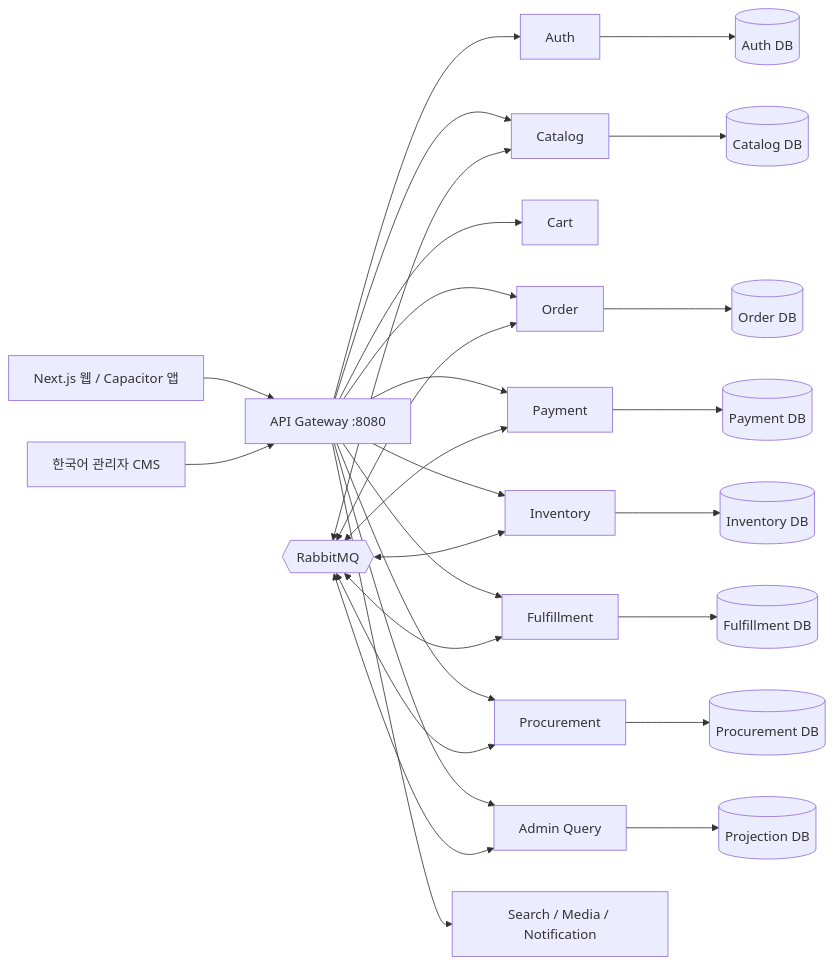
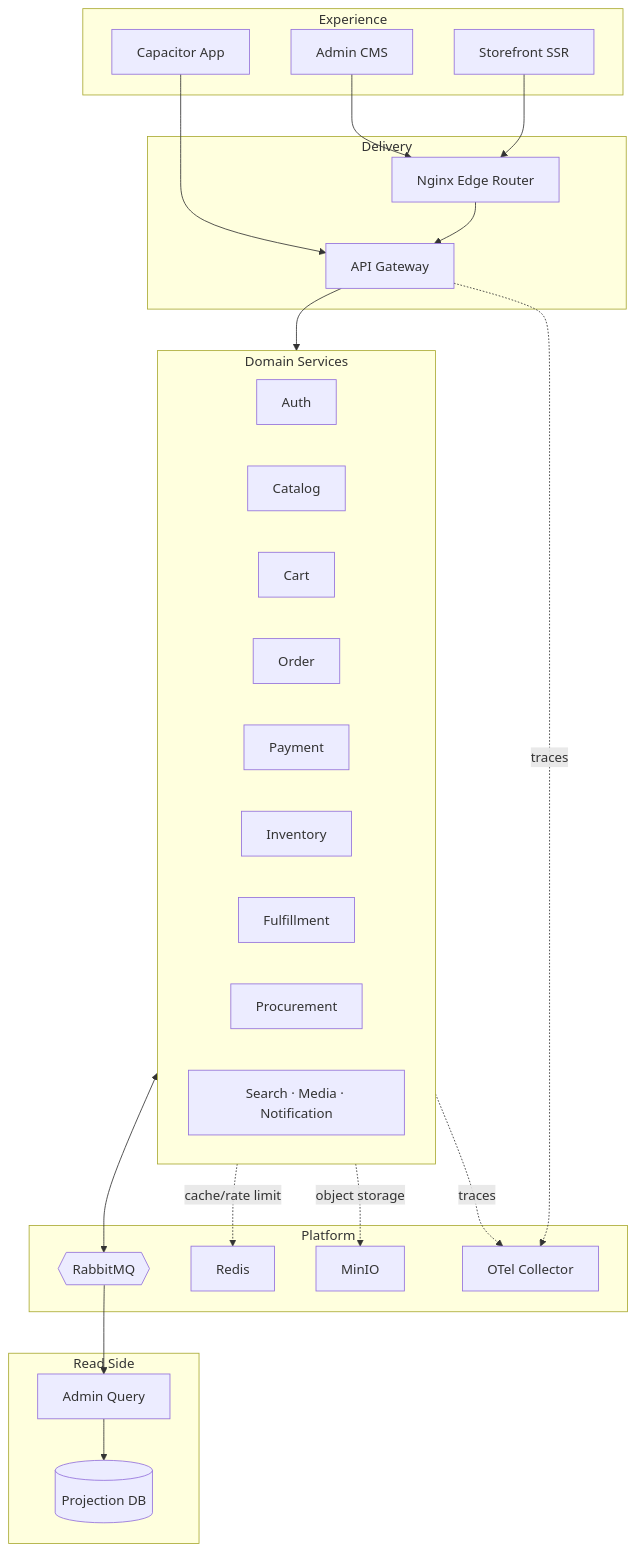
The first of 2 diagrams in docs/ARCHITECTURE.md (lulupang2/ecommerce), drawn with Mermaid before and after one commit. The commit also changed other lines of this file and 3 other files, not shown here.

First line of the commit message:
docs: present production architecture and operations

````diff
--- a/docs/ARCHITECTURE.md
+++ b/docs/ARCHITECTURE.md
@@ -5,30 +5,46 @@
 ```mermaid
-flowchart LR
-  Client["Next.js 웹 / Capacitor 앱"] --> Gateway["API Gateway :8080"]
-  AdminUI["한국어 관리자 CMS"] --> Gateway
-  Gateway --> Auth
-  Gateway --> Catalog
-  Gateway --> Cart
-  Gateway --> Order
-  Gateway --> Payment
-  Gateway --> Inventory
-  Gateway --> Fulfillment
-  Gateway --> Procurement
-  Gateway --> Admin["Admin Query"]
-  Gateway --> Support["Search / Media / Notification"]
-  Bus{{RabbitMQ}} <--> Catalog
-  Bus <--> Order
-  Bus <--> Payment
-  Bus <--> Inventory
-  Bus <--> Fulfillment
-  Bus <--> Procurement
-  Bus <--> Admin
-  Auth --> AuthDB[(Auth DB)]
-  Catalog --> CatalogDB[(Catalog DB)]
-  Order --> OrderDB[(Order DB)]
-  Payment --> PaymentDB[(Payment DB)]
-  Inventory --> InventoryDB[(Inventory DB)]
-  Fulfillment --> FulfillmentDB[(Fulfillment DB)]
-  Procurement --> ProcurementDB[(Procurement DB)]
-  Admin --> AdminDB[(Projection DB)]
+flowchart TB
+  subgraph Delivery["Delivery"]
+    Edge["Nginx Edge Router"]
+    Gateway["API Gateway"]
+  end
+  subgraph Experience["Experience"]
+    Store["Storefront SSR"]
+    App["Capacitor App"]
+    AdminUI["Admin CMS"]
+  end
+  subgraph Domain["Domain Services"]
+    Auth
+    Catalog
+    Cart
+    Order
+    Payment
+    Inventory
+    Fulfillment
+    Procurement
+    Support["Search · Media · Notification"]
+  end
+  subgraph Read["Read Side"]
+    AdminQuery["Admin Query"]
+    Projection[("Projection DB")]
+  end
+  subgraph Platform["Platform"]
+    Rabbit{{RabbitMQ}}
+    Redis
+    MinIO
+    OTel["OTel Collector"]
+  end
+
+  Store --> Edge
+  AdminUI --> Edge
+  Edge --> Gateway
+  App --> Gateway
+  Gateway --> Domain
+  Domain <--> Rabbit
+  Rabbit --> AdminQuery
+  AdminQuery --> Projection
+  Domain -. cache/rate limit .-> Redis
+  Domain -. object storage .-> MinIO
+  Gateway -. traces .-> OTel
+  Domain -. traces .-> OTel
 ```
````
